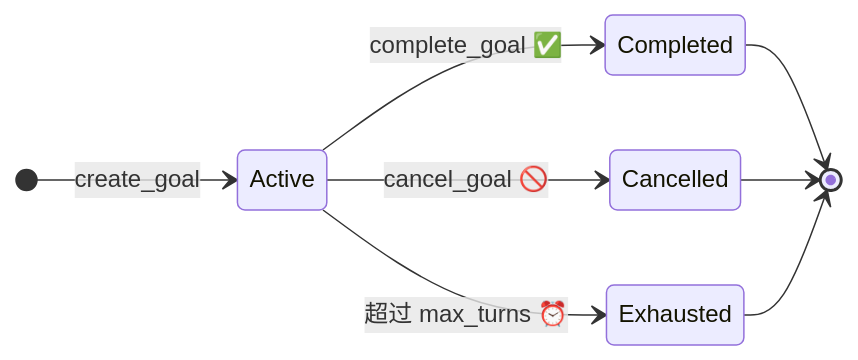
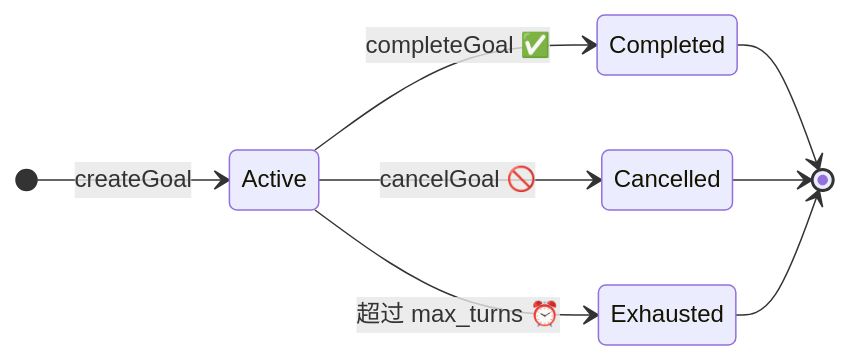
One commit to rtc-agent/docs changed the fifth of 6 diagrams in src/content/docs/features/llm-tools.md. Above: the diagram before and after it, drawn with Mermaid. The commit also changed other lines of this file and 13 other files, not shown here.

````diff
--- a/src/content/docs/features/llm-tools.md
+++ b/src/content/docs/features/llm-tools.md
@@ -275,13 +275,13 @@
 ```mermaid
 stateDiagram-v2
     direction LR
 
-    [*] --> Active: create_goal
-    Active --> Completed: complete_goal ✅
-    Active --> Cancelled: cancel_goal 🚫
+    [*] --> Active: createGoal
+    Active --> Completed: completeGoal ✅
+    Active --> Cancelled: cancelGoal 🚫
     Active --> Exhausted: 超过 max_turns ⏰
 
     Completed --> [*]
     Cancelled --> [*]
     Exhausted --> [*]
 ```
````
